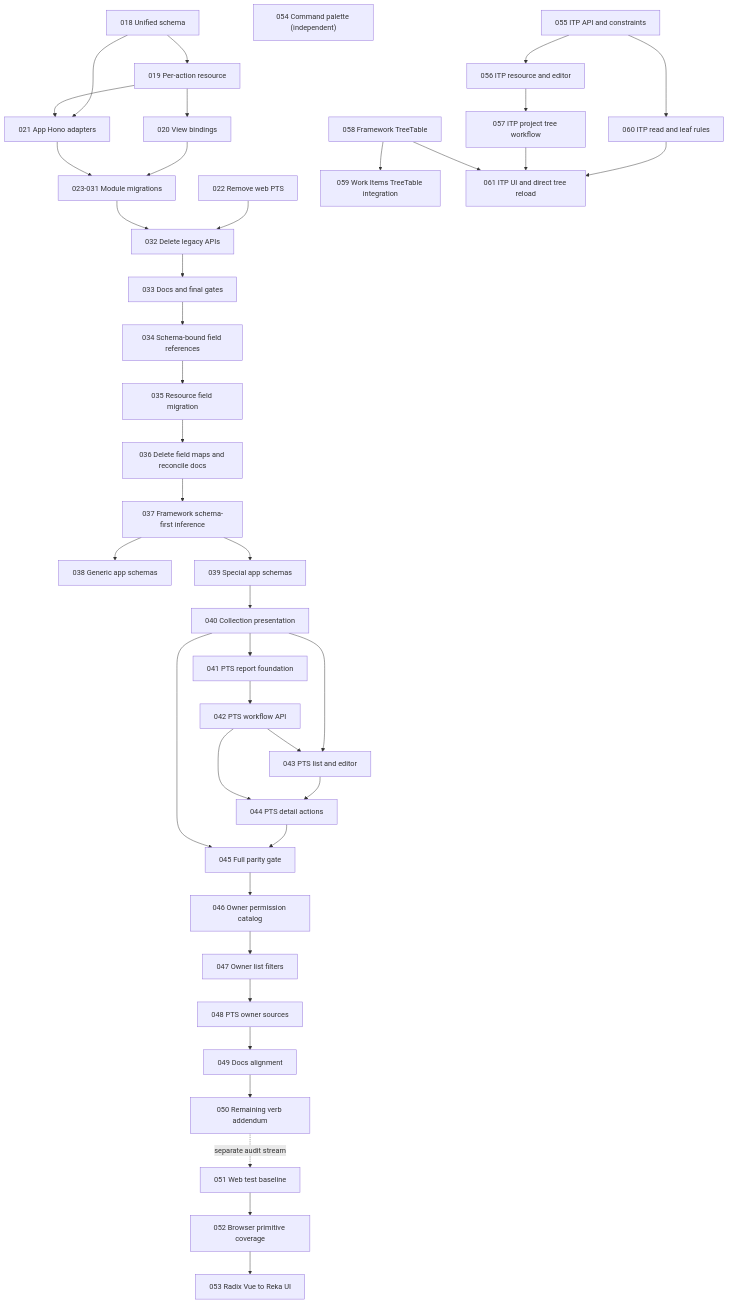
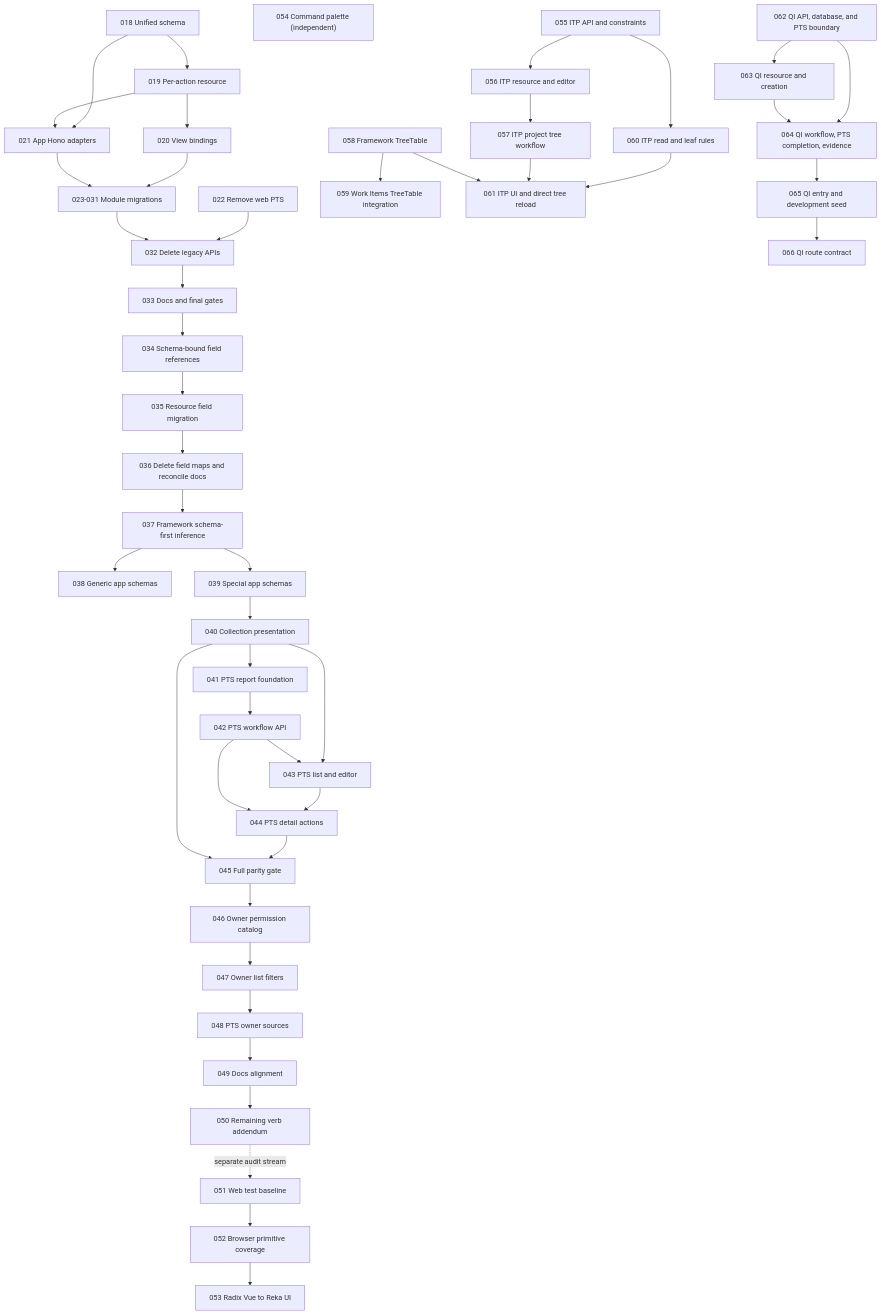
The diagram in plans/README.md (southneuhof/carta), drawn with Mermaid before and after one commit. The commit also changed other lines of this file and 48 other files, not shown here.

````diff
--- a/plans/README.md
+++ b/plans/README.md
@@ -79,43 +94,48 @@
 ```mermaid
 flowchart TD
   S["018 Unified schema"] --> R["019 Per-action resource"]
   R --> V["020 View bindings"]
   S --> H["021 App Hono adapters"]
   R --> H
   V --> M["023-031 Module migrations"]
   H --> M
   P["022 Remove web PTS"] --> C["032 Delete legacy APIs"]
   M --> C
   C --> D["033 Docs and final gates"]
   D --> F["034 Schema-bound field references"]
   F --> FM["035 Resource field migration"]
   FM --> FD["036 Delete field maps and reconcile docs"]
   FD --> Z["037 Framework schema-first inference"]
   Z --> ZG["038 Generic app schemas"]
   Z --> ZS["039 Special app schemas"]
   ZS --> C40["040 Collection presentation"]
   C40 --> P41["041 PTS report foundation"]
   P41 --> P42["042 PTS workflow API"]
   C40 --> P43["043 PTS list and editor"]
   P42 --> P43
   P43 --> P44["044 PTS detail actions"]
   P42 --> P44
   P44 --> P45["045 Full parity gate"]
   C40 --> P45
   P45 --> P46["046 Owner permission catalog"]
   P46 --> P47["047 Owner list filters"]
   P47 --> P48["048 PTS owner sources"]
   P48 --> P49["049 Docs alignment"]
   P49 --> P50["050 Remaining verb addendum"]
   P50 -. separate audit stream .-> B51["051 Web test baseline"]
   B51 --> B52["052 Browser primitive coverage"]
   B52 --> B53["053 Radix Vue to Reka UI"]
   CP54["054 Command palette (independent)"]
   I55["055 ITP API and constraints"] --> I56["056 ITP resource and editor"]
   I56 --> I57["057 ITP project tree workflow"]
   TT58["058 Framework TreeTable"] --> WI59["059 Work Items TreeTable integration"]
   I55 --> I60["060 ITP read and leaf rules"]
   I60 --> I61["061 ITP UI and direct tree reload"]
   I57 --> I61
   TT58 --> I61
+  Q62["062 QI API, database, and PTS boundary"] --> Q63["063 QI resource and creation"]
+  Q62 --> Q64["064 QI workflow, PTS completion, evidence"]
+  Q63 --> Q64
+  Q64 --> Q65["065 QI entry and development seed"]
+  Q65 --> Q66["066 QI route contract"]
 ```
````
